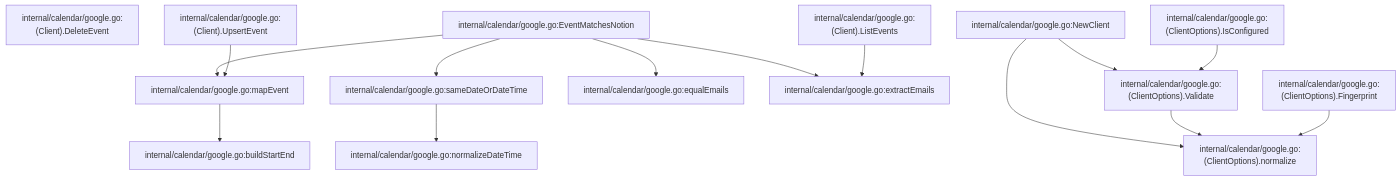
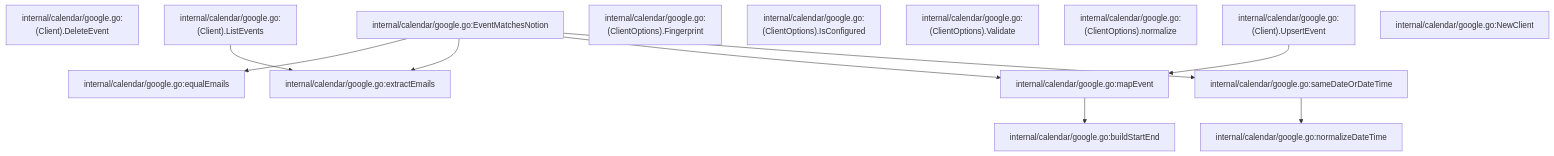
Diagram 14 of 26 in docs/function-graph-detailed.md (GeniusJunP/notion-notifier), drawn with Mermaid before and after one commit. The commit also changed other lines of this file and 13 other files, not shown here.

Commit message:
refactor: unify config-save and notification flow paths

````diff
--- a/docs/function-graph-detailed.md
+++ b/docs/function-graph-detailed.md
@@ -253,31 +272,26 @@
 ```mermaid
 flowchart TD
   n1["internal/calendar/google.go:(Client).DeleteEvent"]
   n2["internal/calendar/google.go:(Client).ListEvents"]
   n3["internal/calendar/google.go:(Client).UpsertEvent"]
   n4["internal/calendar/google.go:(ClientOptions).Fingerprint"]
   n5["internal/calendar/google.go:(ClientOptions).IsConfigured"]
   n6["internal/calendar/google.go:(ClientOptions).Validate"]
   n7["internal/calendar/google.go:(ClientOptions).normalize"]
   n8["internal/calendar/google.go:EventMatchesNotion"]
   n9["internal/calendar/google.go:NewClient"]
   n10["internal/calendar/google.go:buildStartEnd"]
   n11["internal/calendar/google.go:equalEmails"]
   n12["internal/calendar/google.go:extractEmails"]
   n13["internal/calendar/google.go:mapEvent"]
   n14["internal/calendar/google.go:normalizeDateTime"]
   n15["internal/calendar/google.go:sameDateOrDateTime"]
   n2 --> n12
   n3 --> n13
-  n4 --> n7
-  n5 --> n6
-  n6 --> n7
   n8 --> n11
   n8 --> n12
   n8 --> n13
   n8 --> n15
-  n9 --> n6
-  n9 --> n7
   n13 --> n10
   n15 --> n14
 ```
````
